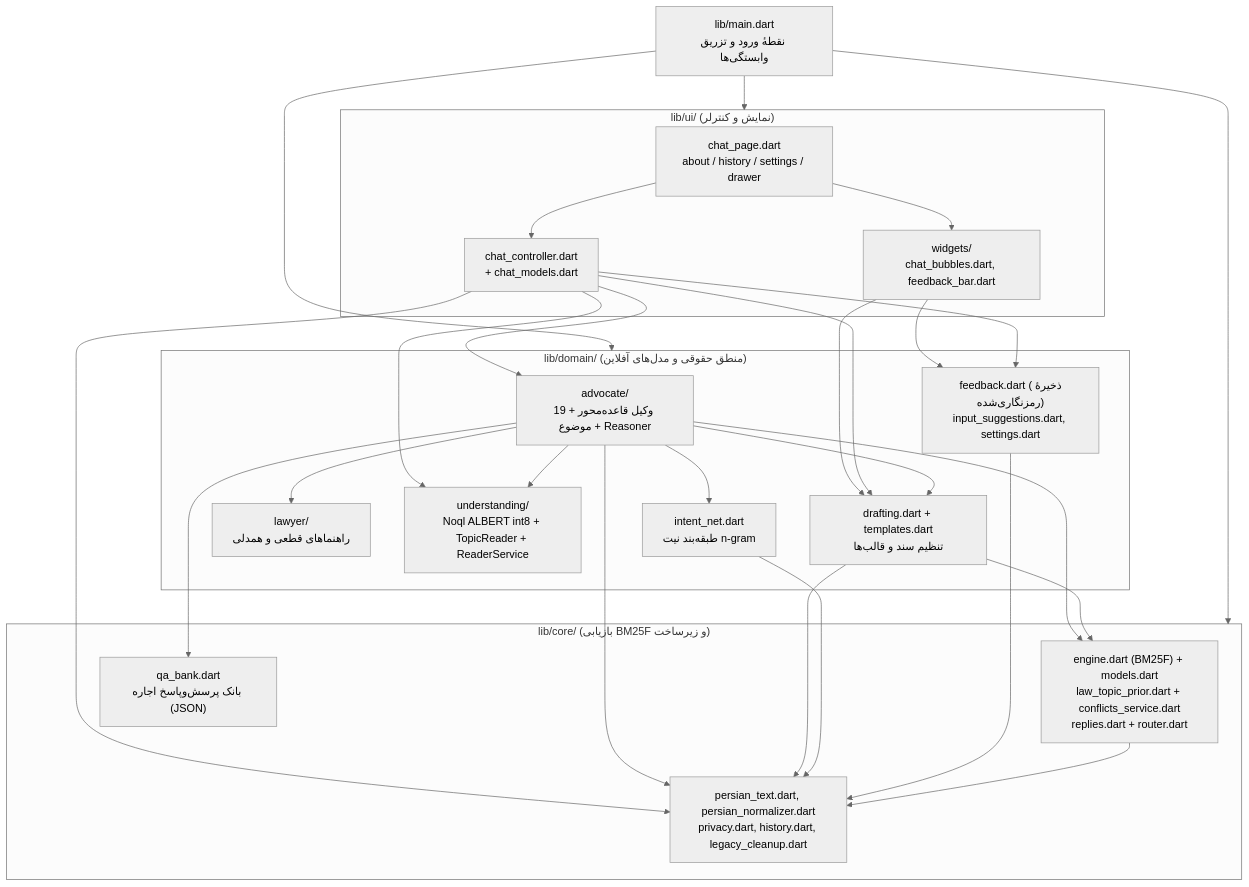
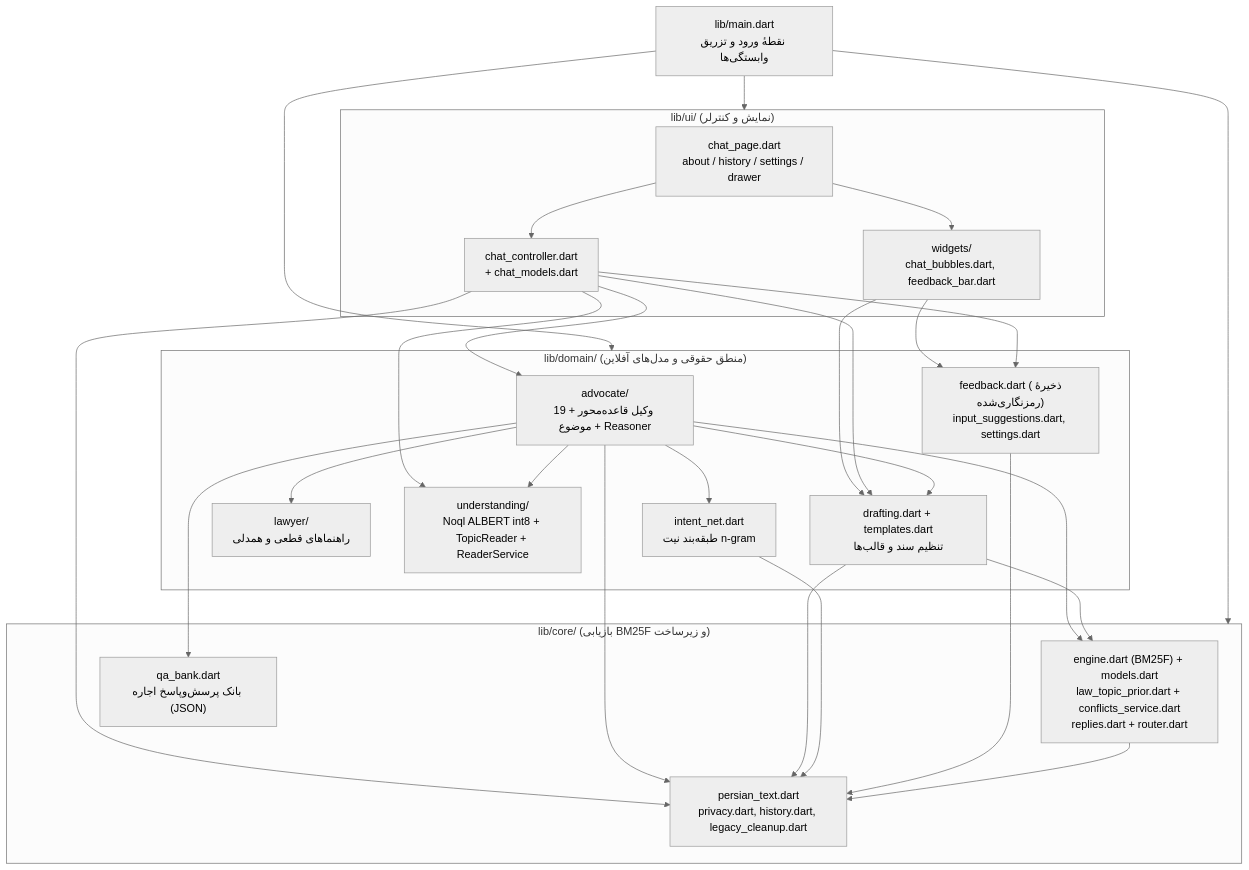
The diagram in docs/diagrams/layers.mmd (ariamard1726-del/Dastyar), drawn with Mermaid (neutral theme) before and after one commit. The commit also changed 17 other files, not shown here.

```diff
--- a/docs/diagrams/layers.mmd
+++ b/docs/diagrams/layers.mmd
@@ -1,52 +1,52 @@
 flowchart TD
     main["lib/main.dart<br/>نقطهٔ ورود و تزریق وابستگی‌ها"]
 
     subgraph ui["lib/ui/ (نمایش و کنترلر)"]
         chat_page["chat_page.dart<br/>about / history / settings / drawer"]
         widgets["widgets/<br/>chat_bubbles.dart, feedback_bar.dart"]
         controller["chat_controller.dart<br/>+ chat_models.dart"]
     end
 
     subgraph domain["lib/domain/ (منطق حقوقی و مدل‌های آفلاین)"]
         advocate["advocate/<br/>وکیل قاعده‌محور + 19 موضوع + Reasoner"]
         drafting["drafting.dart + templates.dart<br/>تنظیم سند و قالب‌ها"]
         lawyer["lawyer/<br/>راهنماهای قطعی و همدلی"]
         understanding["understanding/<br/>Noql ALBERT int8 + TopicReader + ReaderService"]
         intent["intent_net.dart<br/>طبقه‌بند نیت n-gram"]
         state_util["feedback.dart (ذخیرهٔ رمزنگاری‌شده)<br/>input_suggestions.dart, settings.dart"]
     end
 
     subgraph core["lib/core/ (بازیابی BM25F و زیرساخت)"]
         retrieval["engine.dart (BM25F) + models.dart<br/>law_topic_prior.dart + conflicts_service.dart<br/>replies.dart + router.dart"]
         qa["qa_bank.dart<br/>بانک پرسش‌وپاسخ اجاره (JSON)"]
-        infra["persian_text.dart, persian_normalizer.dart<br/>privacy.dart, history.dart, legacy_cleanup.dart"]
+        infra["persian_text.dart<br/>privacy.dart, history.dart, legacy_cleanup.dart"]
     end
 
     main --> ui
     main --> domain
     main --> core
 
     chat_page --> widgets
     chat_page --> controller
     widgets --> state_util
     widgets --> drafting
 
     controller --> advocate
     controller --> drafting
     controller --> understanding
     controller --> state_util
     controller --> infra
 
     advocate --> retrieval
     advocate --> qa
     advocate --> lawyer
     advocate --> drafting
     advocate --> understanding
     advocate --> intent
     advocate --> infra
 
     drafting --> retrieval
     drafting --> infra
     intent --> infra
     state_util --> infra
     retrieval --> infra
```
